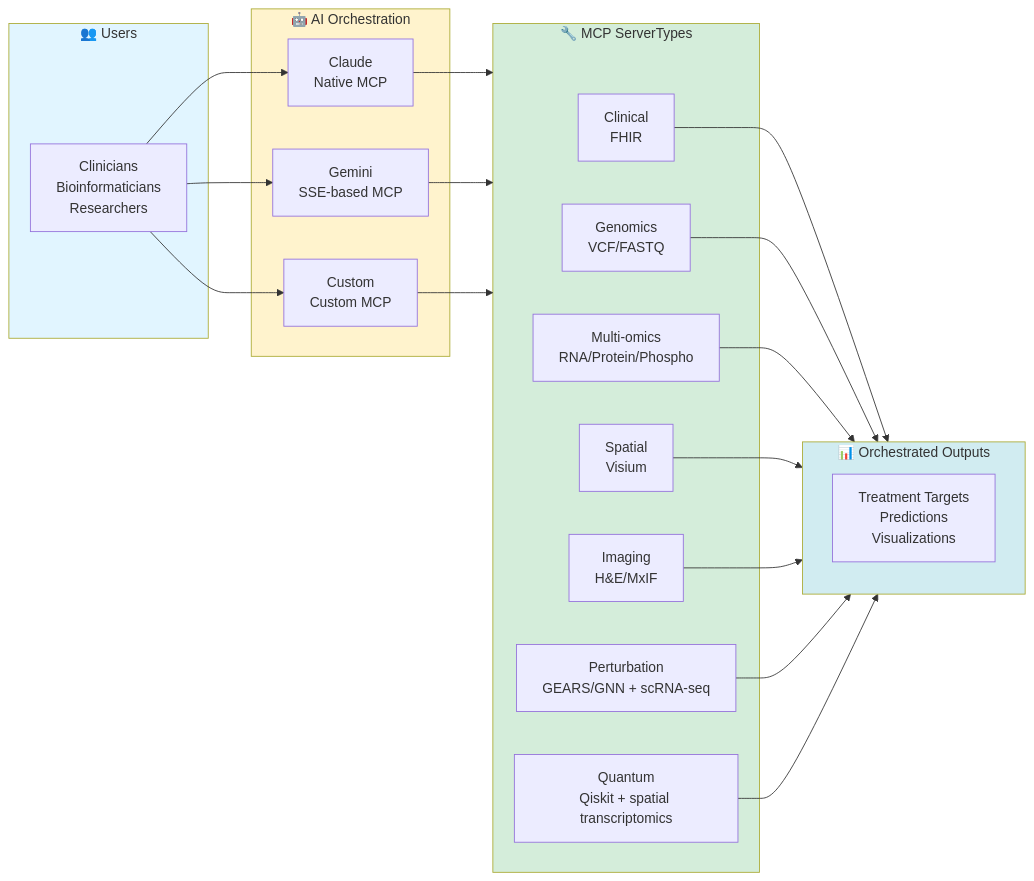
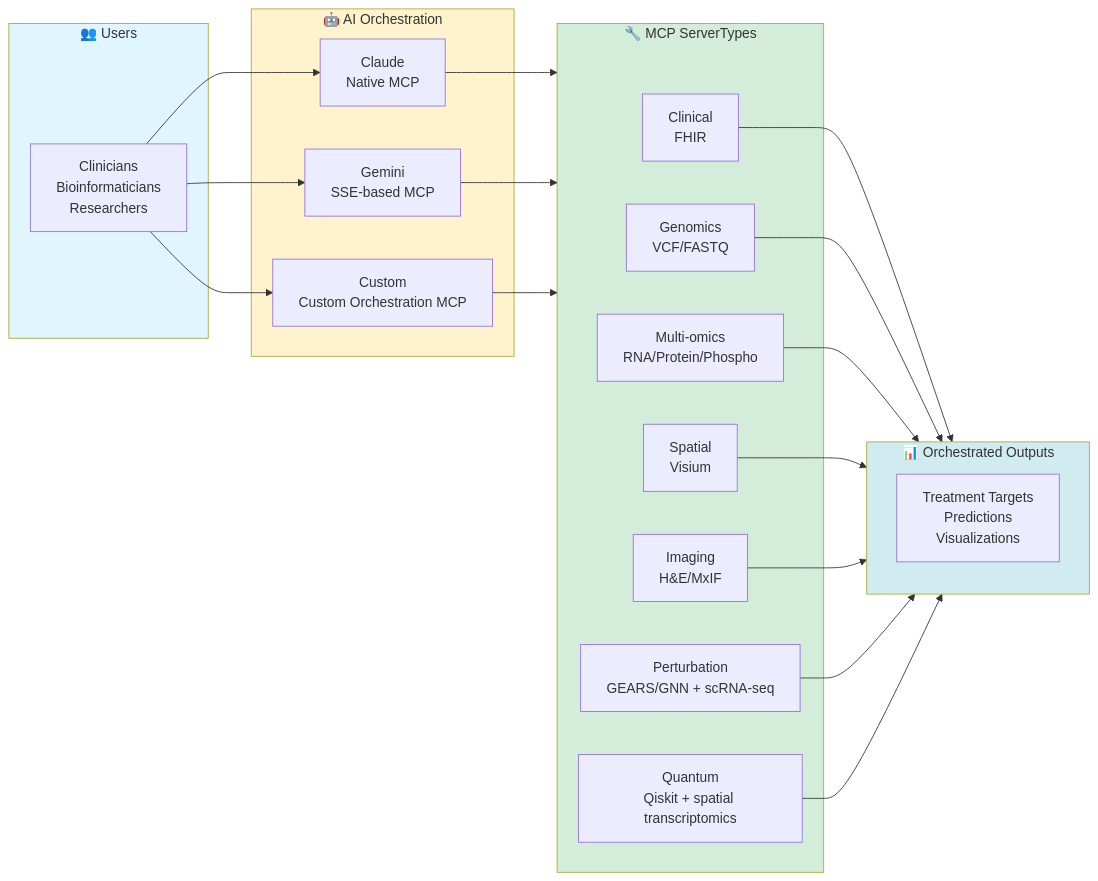
The diagram in README.md (raymond301/precision-medicine-mcp), drawn with Mermaid before and after one commit.

Commit message:
update diagram

````diff
--- a/README.md
+++ b/README.md
@@ -38,45 +38,45 @@
 ```mermaid
 graph LR
     subgraph Users["👥 Users"]
         U[Clinicians<br/>Bioinformaticians<br/>Researchers]
     end
 
     subgraph AI["🤖 AI Orchestration"]
         CLAUDE[Claude<br/>Native MCP]
         GEMINI[Gemini<br/>SSE-based MCP]
-        CUSTOM[Custom<br/>Custom MCP]
+        CUSTOM[Custom<br/>Custom Orchestration MCP]
     end
 
     subgraph ServerTypes["🔧 MCP ServerTypes"]
         S1[Clinical<br/>FHIR]
         S2[Genomics<br/>VCF/FASTQ]
         S3[Multi-omics<br/>RNA/Protein/Phospho]
         S4[Spatial<br/>Visium]
         S5[Imaging<br/> H&E/MxIF]
         S6[Perturbation<br/>GEARS/GNN + scRNA-seq]
         S7[Quantum<br/>Qiskit + spatial transcriptomics]
     end
 
     subgraph Output["📊 Orchestrated Outputs"]
         O[Treatment Targets<br/>Predictions<br/>Visualizations]
     end
 
     U --> CLAUDE
     U --> GEMINI
     U --> CUSTOM
     CLAUDE --> ServerTypes
     GEMINI --> ServerTypes
     CUSTOM --> ServerTypes
     S1 --> Output
     S2 --> Output
     S3 --> Output
     S4 --> Output
     S5 --> Output
     S6 --> Output
     S7 --> Output
 
     style Users fill:#e1f5ff
     style AI fill:#fff3cd
     style ServerTypes fill:#d4edda
     style Output fill:#d1ecf1
 ```
````
